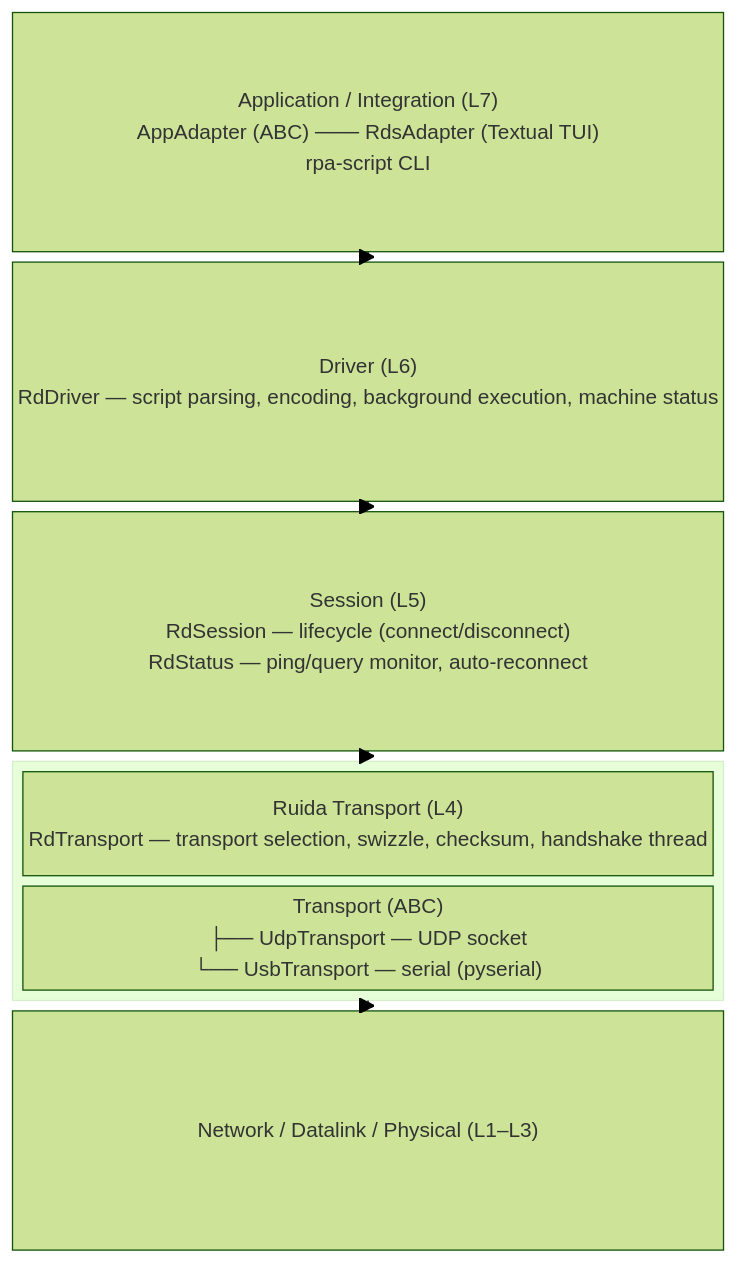
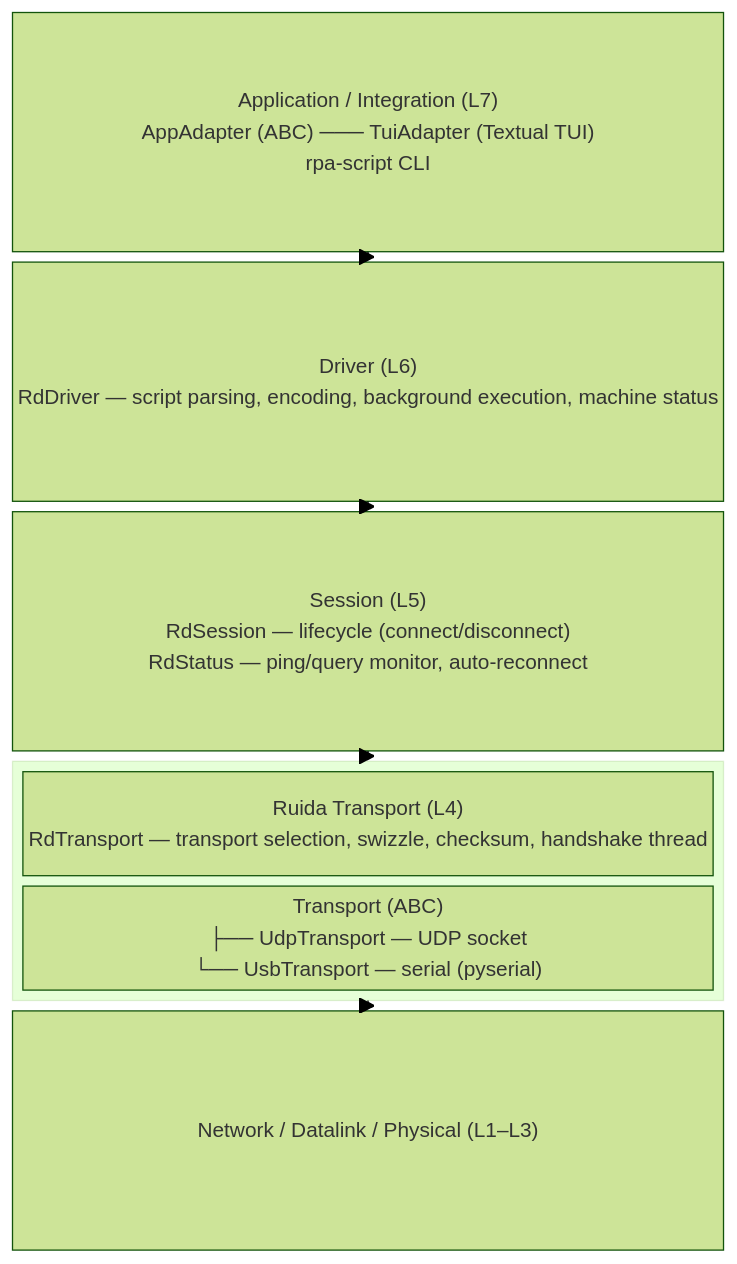
One commit to StevenIsaacs/ruida-protocol-analyzer changed the first of 6 diagrams in docs/designs/RuidaDriver-functional.md. Above: the diagram before and after it, drawn with Mermaid (forest theme). The commit also changed other lines of this file and 2 other files, not shown here.

First line of the commit message:
rds_adapter: deep object tree memory measurement + rename to TuiAdapter

````diff
--- a/docs/designs/RuidaDriver-functional.md
+++ b/docs/designs/RuidaDriver-functional.md
@@ -29,17 +29,17 @@
 ```mermaid
 block-beta
 columns 1
-    l7["Application / Integration (L7)\nAppAdapter (ABC) ─── RdsAdapter (Textual TUI)\nrpa-script CLI"]
+    l7["Application / Integration (L7)\nAppAdapter (ABC) ─── TuiAdapter (Textual TUI)\nrpa-script CLI"]
     l6["Driver (L6)\nRdDriver — script parsing, encoding, background execution, machine status"]
     l5["Session (L5)\nRdSession — lifecycle (connect/disconnect)\nRdStatus — ping/query monitor, auto-reconnect"]
     block:l4block
         columns 1
         l4["Ruida Transport (L4)\nRdTransport — transport selection, swizzle, checksum, handshake thread"]
         transport_abc["Transport (ABC)\n├── UdpTransport — UDP socket\n└── UsbTransport — serial (pyserial)"]
     end
     l3["Network / Datalink / Physical (L1–L3)"]
     l7 --> l6
     l6 --> l5
     l5 --> l4block
     l4block --> l3
 ```
````
